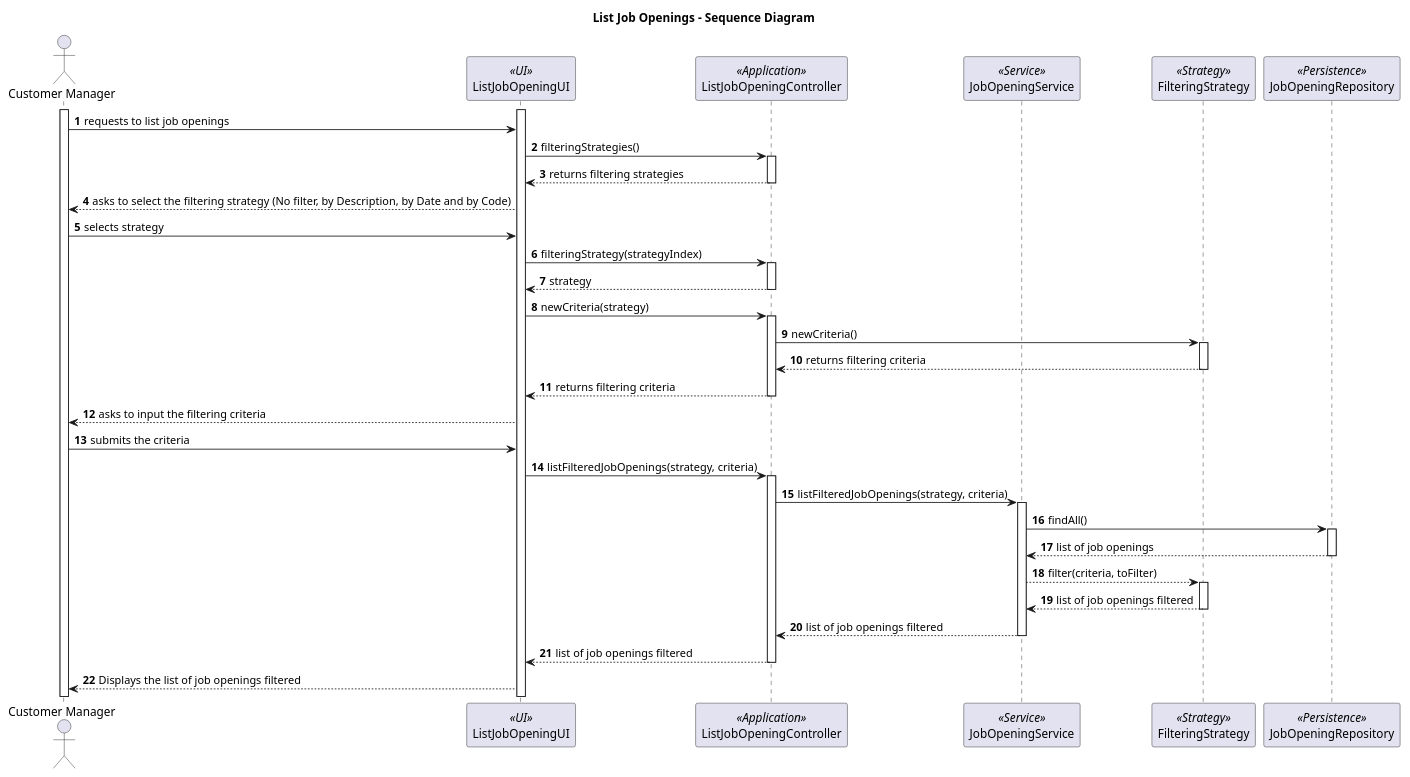
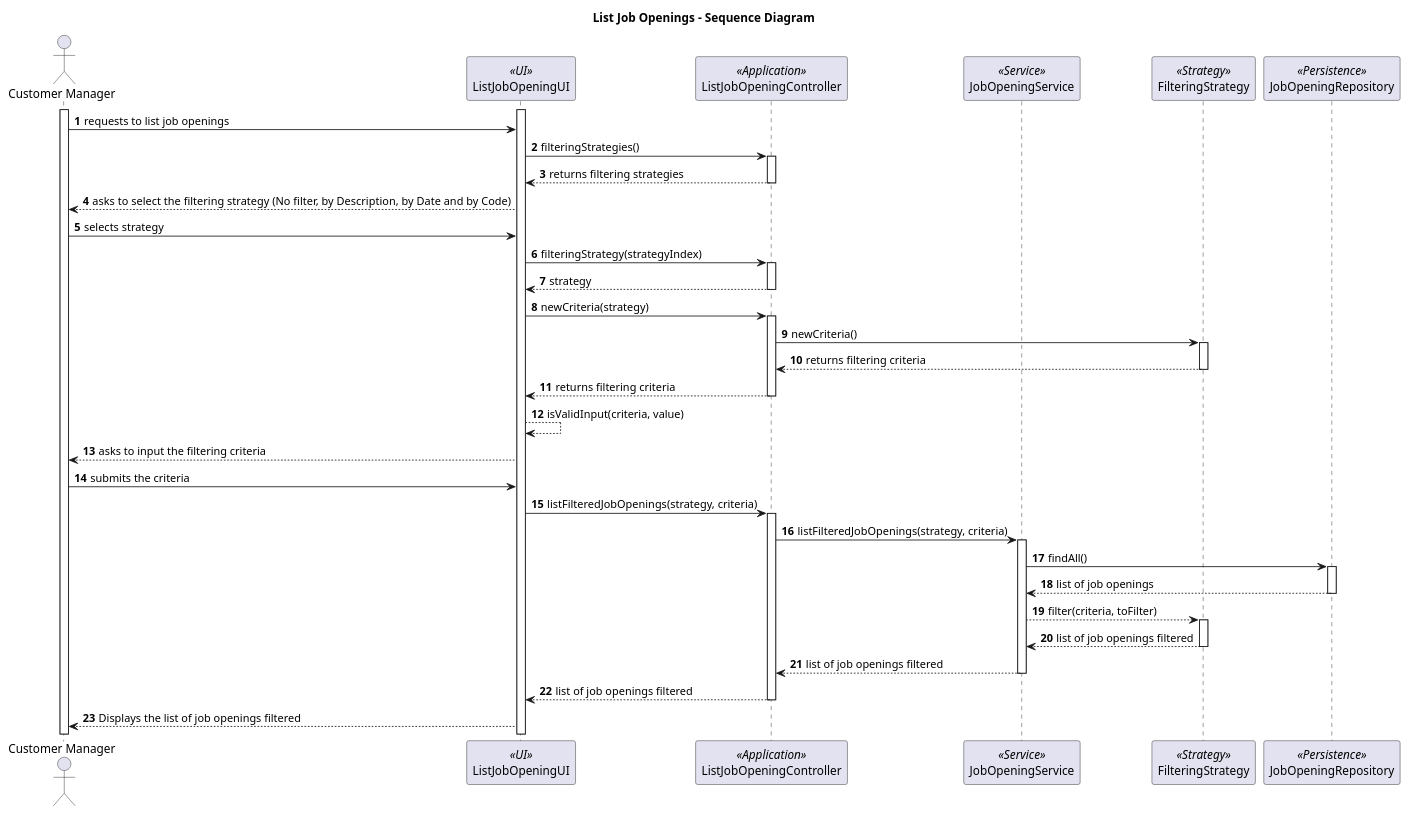
Before and after one commit to marcoferreira37/Lapr4: the diagram in docs/sprintB/1003/1003-sequence-diagram.puml, drawn with PlantUML.

Commit message:
#17 [1003] Update of the Sequence Diagram

```diff
--- a/docs/sprintB/1003/1003-sequence-diagram.puml
+++ b/docs/sprintB/1003/1003-sequence-diagram.puml
@@ -1,103 +1,104 @@
 @startuml
 
 title List Job Openings - Sequence Diagram
 
 autonumber
 actor "Customer Manager" as M
 participant ListJobOpeningUI  as UI <<UI>>
 participant ListJobOpeningController as Controller <<Application>>
 participant JobOpeningService as JService <<Service>>
 participant FilteringStrategy as FS <<Strategy>>
 participant JobOpeningRepository as JRepo <<Persistence>>
 
 activate M
 activate UI
 
 M -> UI : requests to list job openings
 
 UI -> Controller : filteringStrategies()
 
 activate Controller
 
 Controller --> UI : returns filtering strategies
 
 deactivate Controller
 
 UI --> M :  asks to select the filtering strategy (No filter, by Description, by Date and by Code)
 
 M -> UI : selects strategy
 
 UI -> Controller : filteringStrategy(strategyIndex)
 
 activate Controller
 
 Controller --> UI : strategy
 
 deactivate Controller
 
 UI -> Controller : newCriteria(strategy)
 
 activate Controller
 
 Controller -> FS : newCriteria()
 
 activate FS
 
 FS --> Controller : returns filtering criteria
 
-
-
 deactivate FS
 
 Controller --> UI : returns filtering criteria
 
+deactivate Controller
+
+UI --> UI : isValidInput(criteria, value)
 
 deactivate Controller
 
 UI --> M : asks to input the filtering criteria
 
 M -> UI : submits the criteria
 
 UI -> Controller : listFilteredJobOpenings(strategy, criteria)
 
 activate Controller
 
 Controller -> JService : listFilteredJobOpenings(strategy, criteria)
 
 activate JService
 
 JService -> JRepo : findAll()
 
 activate JRepo
 
 JRepo --> JService : list of job openings
 
 deactivate JRepo
 
 JService --> FS : filter(criteria, toFilter)
 
 activate FS
 
 FS --> JService : list of job openings filtered
 
 deactivate FS
 
 
 JService --> Controller : list of job openings filtered
 
 deactivate JService
 
 
 
 deactivate JRepo
 
 Controller --> UI : list of job openings filtered
 
 deactivate Controller
 
 UI --> M : Displays the list of job openings filtered
 
 
 
 
 @enduml
```
